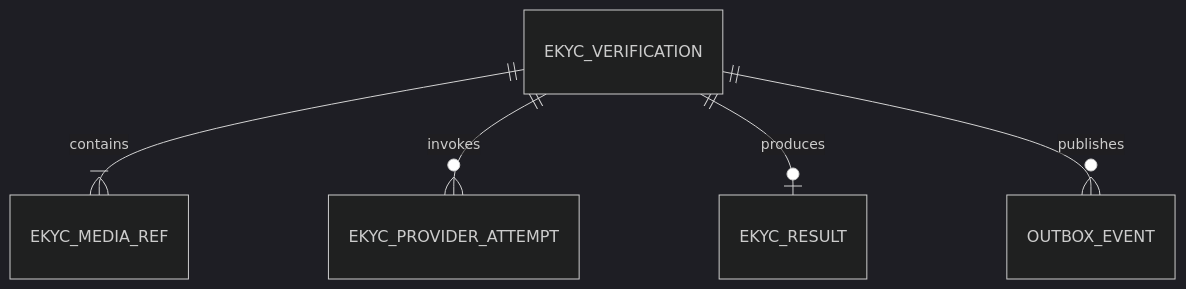
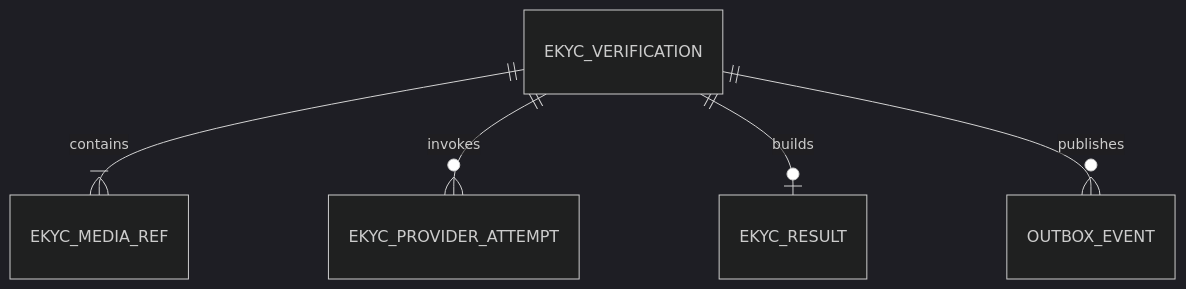
Before and after one commit to huynv-xyz/vhm: the ninth of 9 diagrams in noxh-ekyc.md, drawn with Mermaid (dark theme). The commit also changed other lines of this file, not shown here.

````diff
--- a/noxh-ekyc.md
+++ b/noxh-ekyc.md
@@ -436,7 +956,7 @@
 ```mermaid
 erDiagram
     EKYC_VERIFICATION ||--|{ EKYC_MEDIA_REF : contains
     EKYC_VERIFICATION ||--o{ EKYC_PROVIDER_ATTEMPT : invokes
-    EKYC_VERIFICATION ||--o| EKYC_RESULT : produces
+    EKYC_VERIFICATION ||--o| EKYC_RESULT : builds
     EKYC_VERIFICATION ||--o{ OUTBOX_EVENT : publishes
 ```
````
